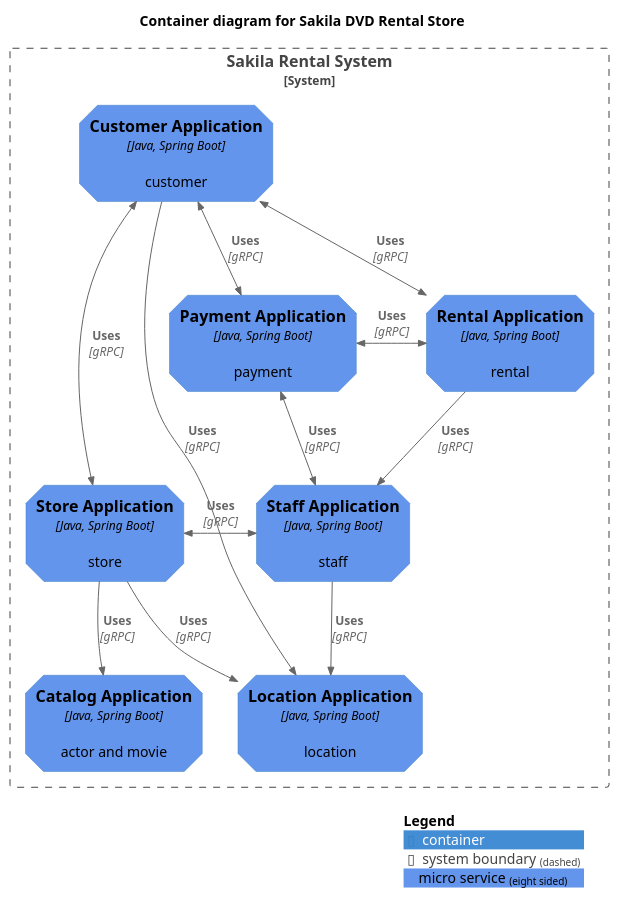
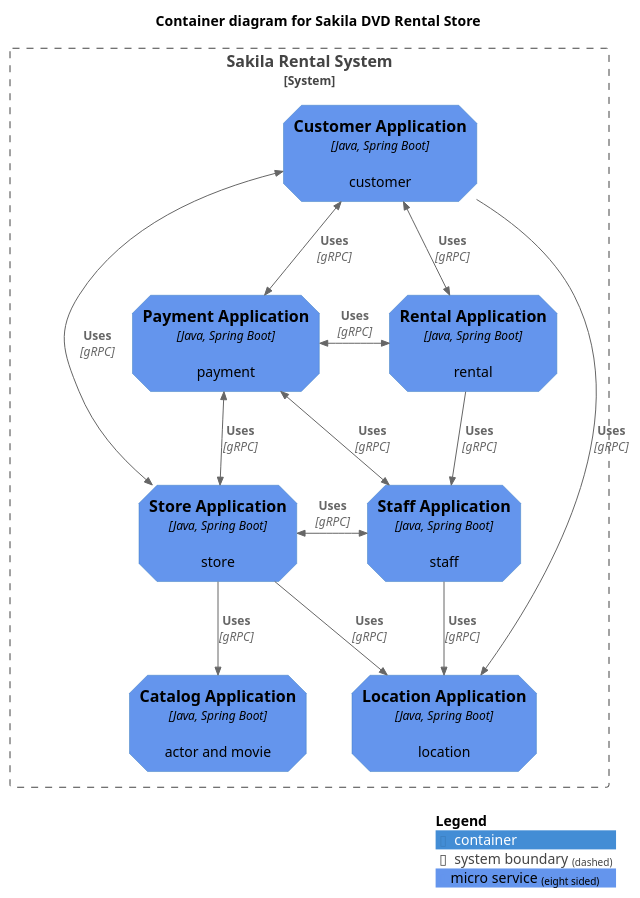
The diagram in diagram/sakila-container.puml (codejsha/sakila-microservices), drawn with PlantUML before and after one commit. The commit also changed 16 other files, not shown here.

Commit message:
update diagrams

```diff
--- a/diagram/sakila-container.puml
+++ b/diagram/sakila-container.puml
@@ -1,36 +1,37 @@
 @startuml "sakila-container"
 !include https://raw.githubusercontent.com/plantuml-stdlib/C4-PlantUML/master/C4_Container.puml
 
 AddElementTag("micro_service", $shape=EightSidedShape(), $bgColor="CornflowerBlue", $fontColor="black", $legendText="micro service\neight sided")
 AddElementTag("storage", $shape=RoundedBoxShape(), $bgColor="lightSkyBlue", $fontColor="black")
 
 title Container diagram for Sakila DVD Rental Store
 
 System_Boundary(sakila, "Sakila Rental System") {
     Container(catalog_app, "Catalog Application", "Java, Spring Boot", "actor and movie", $tags = "micro_service")
     Container(customer_app, "Customer Application", "Java, Spring Boot", "customer", $tags = "micro_service")
     Container(location_app, "Location Application", "Java, Spring Boot", "location", $tags = "micro_service")
     Container(payment_app, "Payment Application", "Java, Spring Boot", "payment", $tags = "micro_service")
     Container(rental_app, "Rental Application", "Java, Spring Boot", "rental", $tags = "micro_service")
     Container(staff_app, "Staff Application", "Java, Spring Boot", "staff", $tags = "micro_service")
     Container(store_app, "Store Application", "Java, Spring Boot", "store", $tags = "micro_service")
 }
 
 Rel_D(customer_app, location_app, "Uses", "gRPC")
 BiRel(customer_app, payment_app, "Uses", "gRPC")
 BiRel(customer_app, rental_app, "Uses", "gRPC")
 BiRel(customer_app, store_app, "Uses", "gRPC")
 
 BiRel_R(payment_app, rental_app, "Uses", "gRPC")
 BiRel(payment_app, staff_app, "Uses", "gRPC")
+BiRel(payment_app, store_app, "Uses", "gRPC")
 
 Rel(rental_app, staff_app, "Uses", "gRPC")
 
 Rel_D(staff_app, location_app, "Uses", "gRPC")
 BiRel_R(staff_app, store_app, "Uses", "gRPC")
 
 Rel(store_app, catalog_app, "Uses", "gRPC")
 Rel_D(store_app, location_app, "Uses", "gRPC")
 
 SHOW_LEGEND()
 @enduml
```
